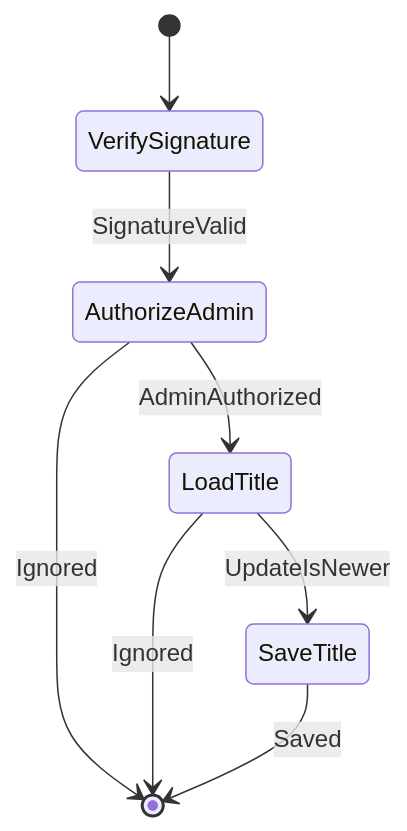
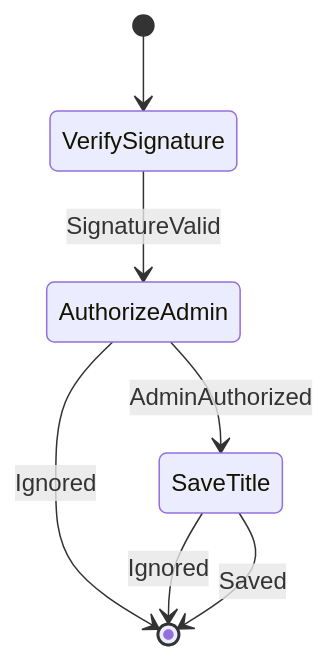
One commit to cbgm/Sparrow changed diagram 25 of 31 in docs/architecture/workflows/incoming.md. Above: the diagram before and after it, drawn with Mermaid. The commit also changed other lines of this file and 55 other files, not shown here.

````diff
--- a/docs/architecture/workflows/incoming.md
+++ b/docs/architecture/workflows/incoming.md
@@ -689,10 +689,9 @@
 ```mermaid
 stateDiagram-v2
     [*] --> VerifySignature
     VerifySignature --> AuthorizeAdmin : SignatureValid
-    AuthorizeAdmin --> LoadTitle : AdminAuthorized
+    AuthorizeAdmin --> SaveTitle : AdminAuthorized
     AuthorizeAdmin --> [*] : Ignored
-    LoadTitle --> [*] : Ignored
-    LoadTitle --> SaveTitle : UpdateIsNewer
+    SaveTitle --> [*] : Ignored
     SaveTitle --> [*] : Saved
 ```
````
